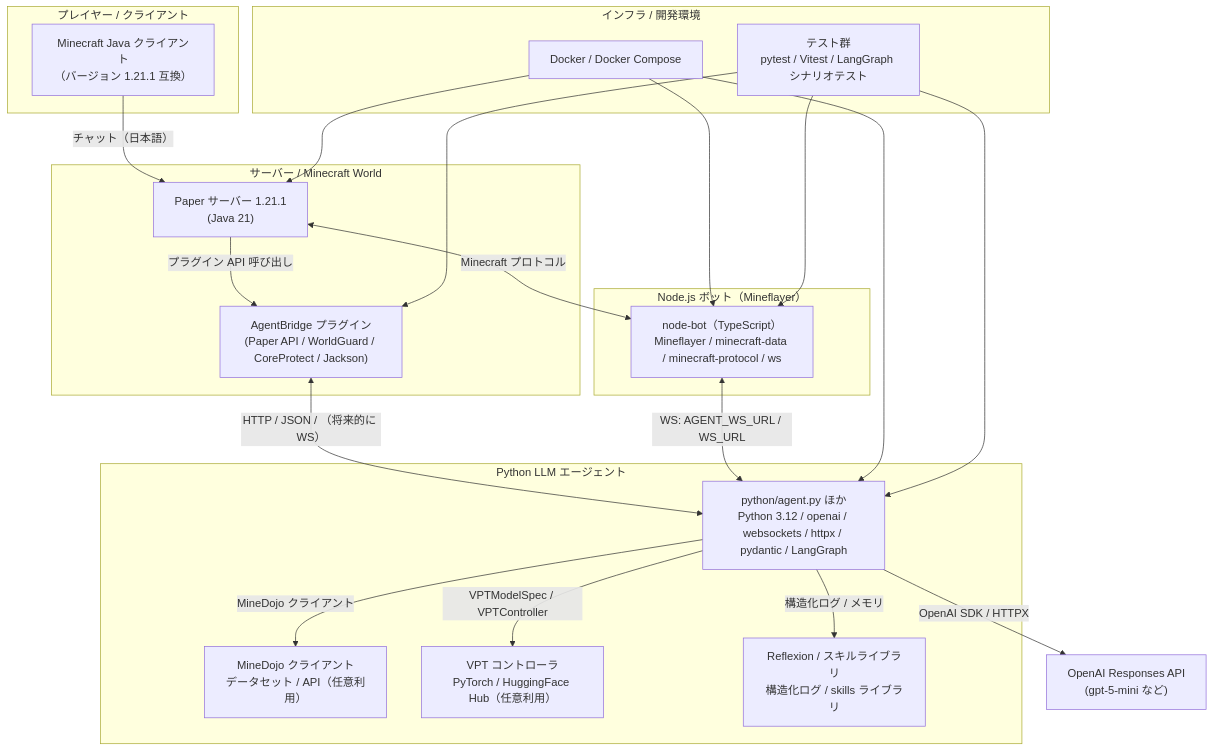
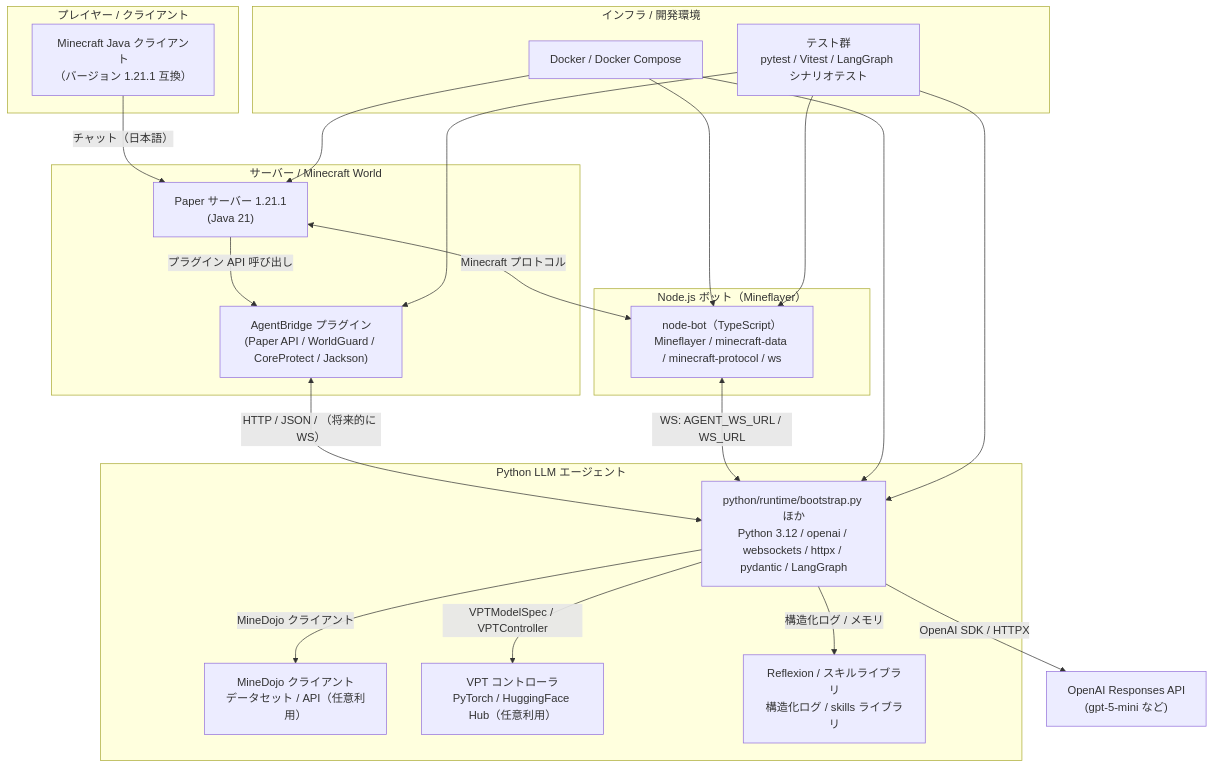
Before and after one commit to RiSEblackbird/mc-bot-egent-practice-1: the first of 2 diagrams in docs/tech_stack_diagram.md, drawn with Mermaid. The commit also changed other lines of this file and 11 other files, not shown here.

Commit message:
ランタイム分割とブートストラップ整備 / Runtime bootstrap refactor

````diff
--- a/docs/tech_stack_diagram.md
+++ b/docs/tech_stack_diagram.md
@@ -11,60 +11,60 @@
 ```mermaid
 graph TD
     %% プレイヤー / クライアント層
     subgraph Client["プレイヤー / クライアント"]
         Player["Minecraft Java クライアント<br/>（バージョン 1.21.1 互換）"]
     end
 
     %% サーバー層（Minecraft World）
     subgraph Server["サーバー / Minecraft World"]
         Paper["Paper サーバー 1.21.1<br/>(Java 21)"]
         AgentBridge["AgentBridge プラグイン<br/>(Paper API / WorldGuard / CoreProtect / Jackson)"]
     end
 
     %% Node.js ボット層
     subgraph NodeLayer["Node.js ボット（Mineflayer）"]
         NodeBot["node-bot（TypeScript）<br/>Mineflayer / minecraft-data / minecraft-protocol / ws"]
     end
 
     %% Python LLM エージェント層
     subgraph PythonLayer["Python LLM エージェント"]
-        PyAgent["python/agent.py ほか<br/>Python 3.12 / openai / websockets / httpx / pydantic / LangGraph"]
+        PyAgent["python/runtime/bootstrap.py ほか<br/>Python 3.12 / openai / websockets / httpx / pydantic / LangGraph"]
         MineDojo["MineDojo クライアント<br/>データセット / API（任意利用）"]
         VPT["VPT コントローラ<br/>PyTorch / HuggingFace Hub（任意利用）"]
         Reflexion["Reflexion / スキルライブラリ<br/>構造化ログ / skills ライブラリ"]
     end
 
     %% インフラ・開発支援層
     subgraph Infra["インフラ / 開発環境"]
         Docker["Docker / Docker Compose"]
         Tests["テスト群<br/>pytest / Vitest / LangGraph シナリオテスト"]
     end
 
     %% 外部 LLM / API
     OpenAI["OpenAI Responses API<br/>(gpt-5-mini など)"]
 
     %% 経路
     Player -->|"チャット（日本語）"| Paper
     Paper -->|"プラグイン API 呼び出し"| AgentBridge
 
     %% Paper とボット・エージェントとの連携
     Paper <-->|"Minecraft プロトコル"| NodeBot
     AgentBridge <-->|"HTTP / JSON / （将来的に WS）"| PyAgent
 
     %% Node と Python の WebSocket 連携
     NodeBot <-->|"WS: AGENT_WS_URL / WS_URL"| PyAgent
 
     %% LLM / 外部サービス
     PyAgent -->|"OpenAI SDK / HTTPX"| OpenAI
     PyAgent -->|"MineDojo クライアント"| MineDojo
     PyAgent -->|"VPTModelSpec / VPTController"| VPT
     PyAgent -->|"構造化ログ / メモリ"| Reflexion
 
     %% インフラから各サービスへの依存
     Docker --> NodeBot
     Docker --> PyAgent
     Docker --> Paper
     Tests --> NodeBot
     Tests --> PyAgent
     Tests --> AgentBridge
 ```
````
